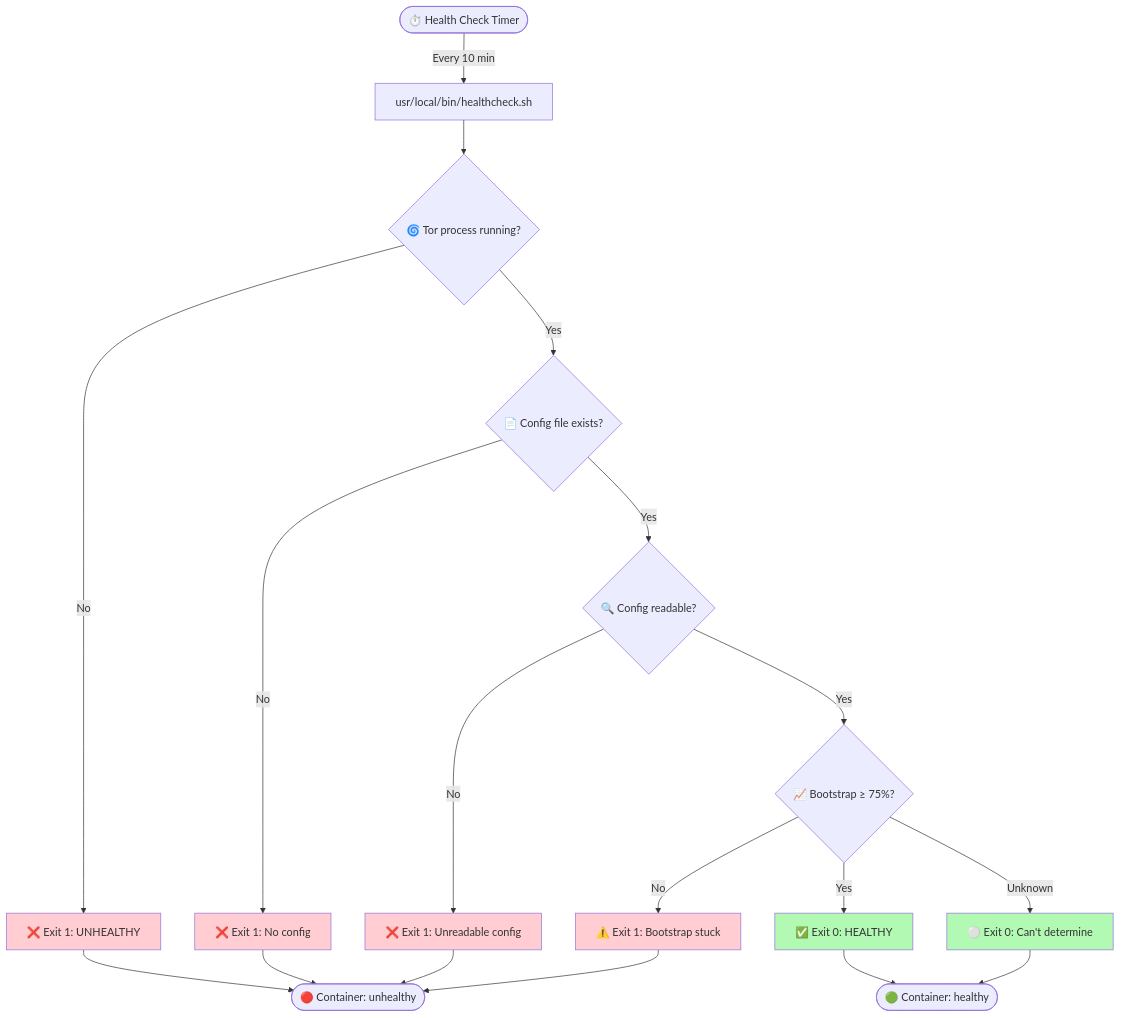
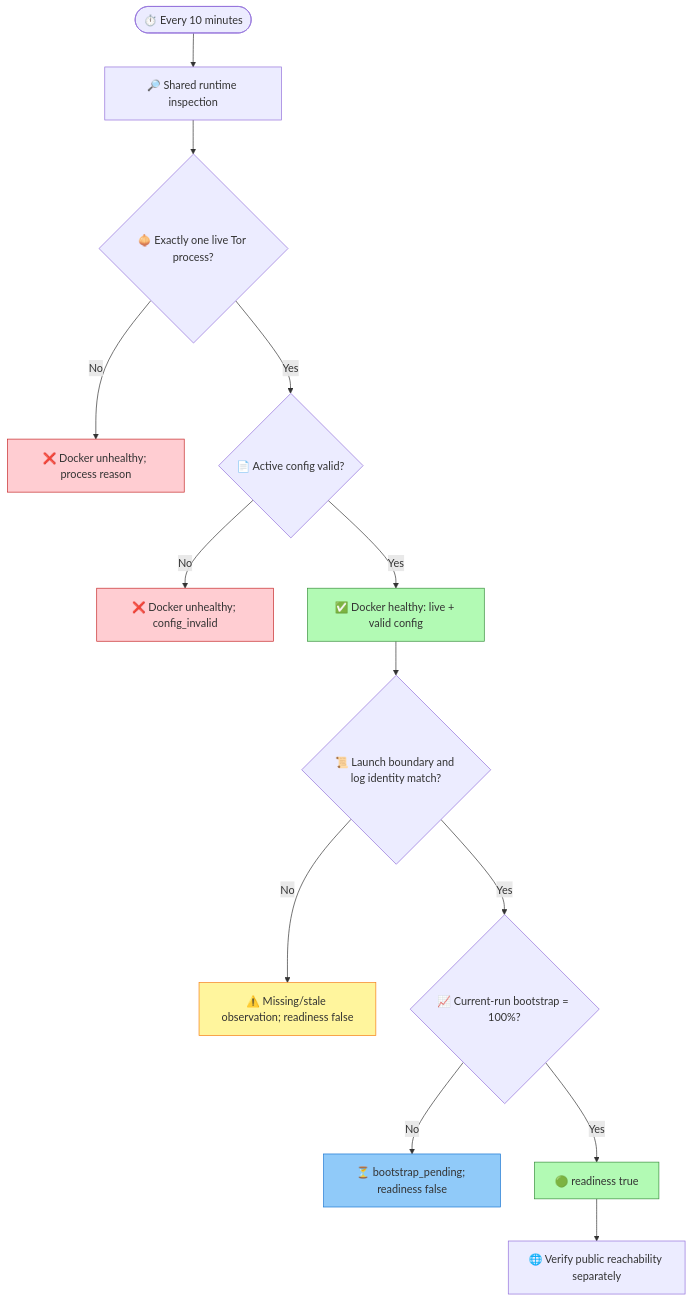
One commit to r3bo0tbx1/tor-guard-relay changed diagram 13 of 15 in docs/ARCHITECTURE.md. Above: the diagram before and after it, drawn with Mermaid. The commit also changed other lines of this file and 87 other files, not shown here.

````diff
--- a/docs/ARCHITECTURE.md
+++ b/docs/ARCHITECTURE.md
@@ -901,33 +916,21 @@
 ```mermaid
 flowchart TD
-    Start([⏱️ Health Check Timer]) -->|Every 10 min| Script["usr/local/bin/healthcheck.sh"]
-
-    Script --> Check1{🌀 Tor process running?}
-    Check1 -->|No| Unhealthy1[❌ Exit 1: UNHEALTHY]
-    Check1 -->|Yes| Check2{📄 Config file exists?}
-
-    Check2 -->|No| Unhealthy2[❌ Exit 1: No config]
-    Check2 -->|Yes| Check3{🔍 Config readable?}
-
-    Check3 -->|No| Unhealthy3[❌ Exit 1: Unreadable config]
-    Check3 -->|Yes| Check4{📈 Bootstrap ≥ 75%?}
-
-    Check4 -->|Unknown| Healthy2[⚪ Exit 0: Can't determine]
-    Check4 -->|No| Unhealthy4[⚠️ Exit 1: Bootstrap stuck]
-    Check4 -->|Yes| Healthy1[✅ Exit 0: HEALTHY]
-
-    Healthy1 --> Status([🟢 Container: healthy])
-    Healthy2 --> Status
-    Unhealthy1 --> Status2([🔴 Container: unhealthy])
-    Unhealthy2 --> Status2
-    Unhealthy3 --> Status2
-    Unhealthy4 --> Status2
-
-    style Healthy1 fill:#b2fab4
-    style Healthy2 fill:#b2fab4
-
-    style Unhealthy1 fill:#ffcdd2
-    style Unhealthy2 fill:#ffcdd2
-    style Unhealthy3 fill:#ffcdd2
-    style Unhealthy4 fill:#ffcdd2
+    Timer(["⏱️ Every 10 minutes"]) --> Inspect["🔎 Shared runtime inspection"]
+    Inspect --> Process{"🧅 Exactly one live Tor process?"}
+    Process -->|No| Down["❌ Docker unhealthy; process reason"]
+    Process -->|Yes| Config{"📄 Active config valid?"}
+    Config -->|No| Invalid["❌ Docker unhealthy; config_invalid"]
+    Config -->|Yes| Healthy["✅ Docker healthy: live + valid config"]
+    Healthy --> Fresh{"📜 Launch boundary and log identity match?"}
+    Fresh -->|No| Missing["⚠️ Missing/stale observation; readiness false"]
+    Fresh -->|Yes| Bootstrap{"📈 Current-run bootstrap = 100%?"}
+    Bootstrap -->|No| Pending["⏳ bootstrap_pending; readiness false"]
+    Bootstrap -->|Yes| Ready["🟢 readiness true"]
+    Ready --> External["🌐 Verify public reachability separately"]
+    style Healthy fill:#b2fab4,stroke:#388e3c
+    style Ready fill:#b2fab4,stroke:#388e3c
+    style Down fill:#ffcdd2,stroke:#c62828
+    style Invalid fill:#ffcdd2,stroke:#c62828
+    style Missing fill:#fff59d,stroke:#f57f17
+    style Pending fill:#90caf9,stroke:#1976d2
 ```
````
